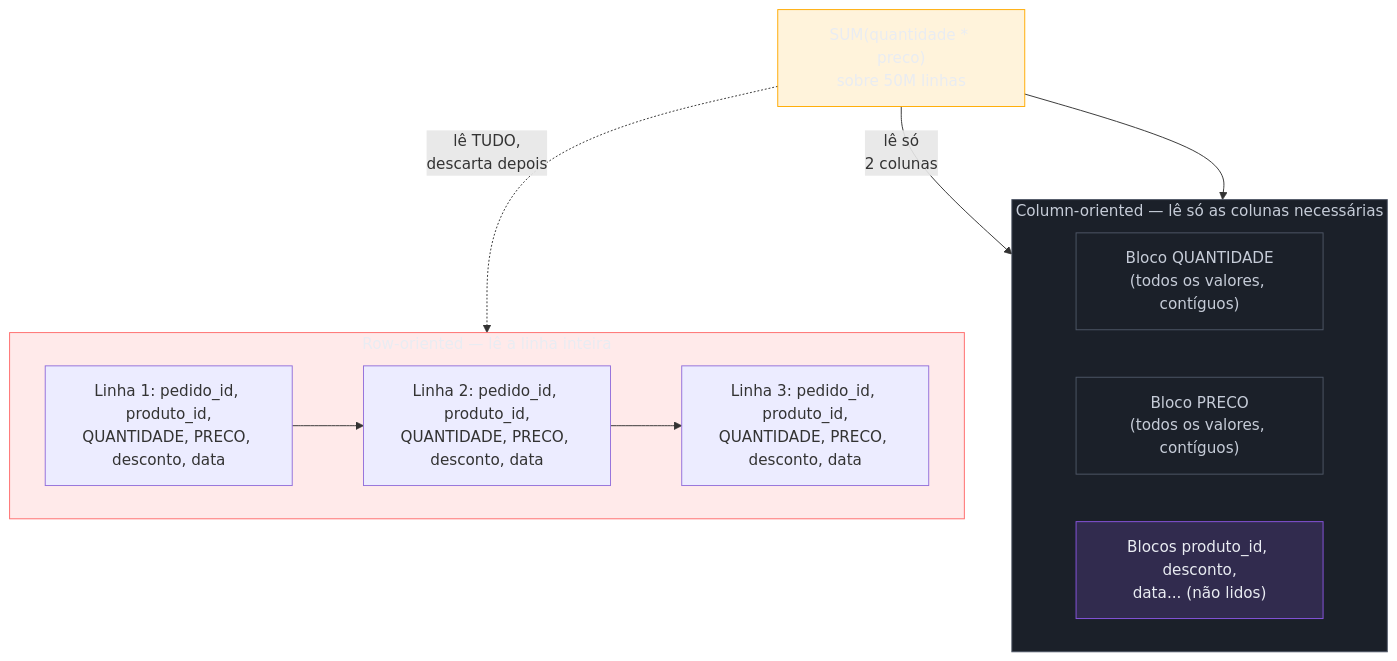
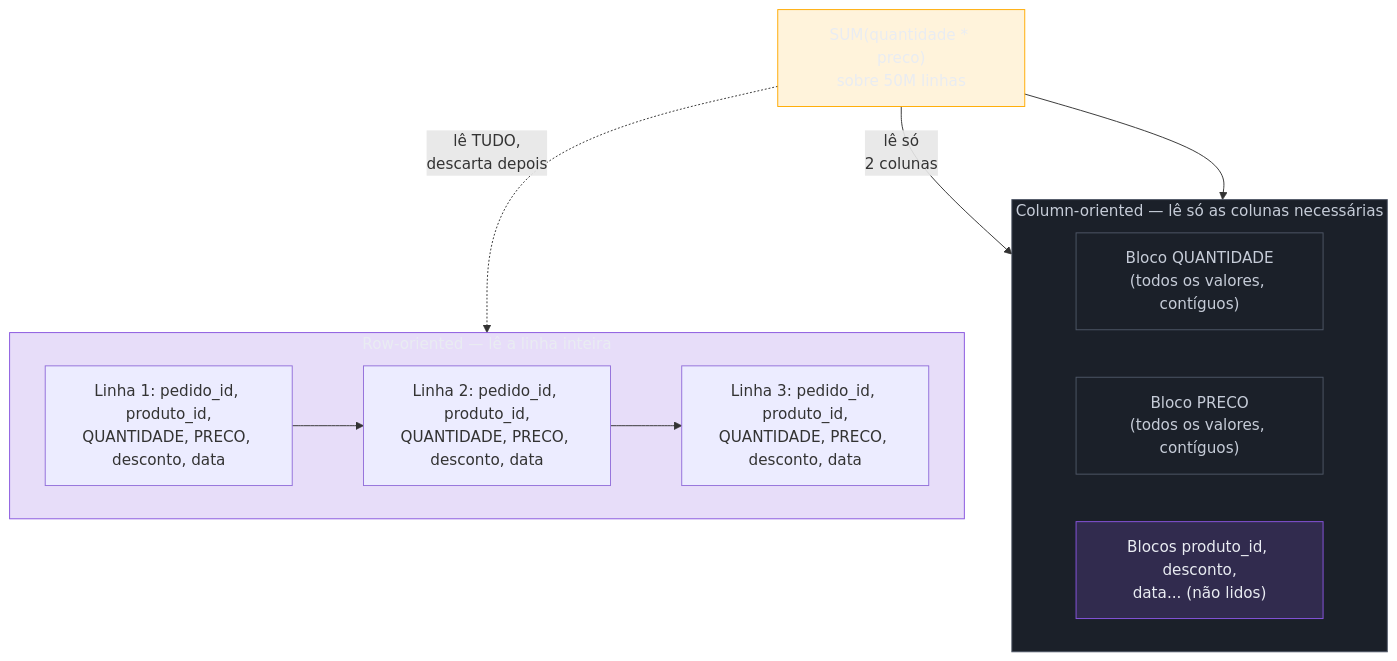
The first of 3 diagrams in 03-Dominios/Engenharia/Dados/1 - Fundamentos de engenharia de dados/04 - Armazenamento colunar e formatos.md (josenaldo/codex-technomanticus), drawn with Mermaid before and after one commit. The commit also changed 601 other files, not shown here.

````diff
--- a/03-Dominios/Engenharia/Dados/1 - Fundamentos de engenharia de dados/04 - Armazenamento colunar e formatos.md
+++ b/03-Dominios/Engenharia/Dados/1 - Fundamentos de engenharia de dados/04 - Armazenamento colunar e formatos.md
@@ -46,32 +46,31 @@
 ```mermaid
 graph TB
-    classDef falha fill:#FF6B6B24,stroke:#FF6B6B,color:#E9ECF2
     classDef neutro fill:#1B2029,stroke:#4E5666,color:#C6CCD8
     classDef marca fill:#8855DF33,stroke:#8855DF,color:#E9ECF2
     classDef destaque fill:#FFAA0024,stroke:#FFAA00,color:#E9ECF2
     subgraph ROW["Row-oriented — lê a linha inteira"]
         direction LR
         R1["Linha 1: pedido_id, produto_id,<br/>QUANTIDADE, PRECO, desconto, data"]
         R2["Linha 2: pedido_id, produto_id,<br/>QUANTIDADE, PRECO, desconto, data"]
         R3["Linha 3: pedido_id, produto_id,<br/>QUANTIDADE, PRECO, desconto, data"]
         R1 --> R2 --> R3
     end
 
     subgraph COL["Column-oriented — lê só as colunas necessárias"]
         direction LR
         CQ["Bloco QUANTIDADE<br/>(todos os valores, contíguos)"]
         CP["Bloco PRECO<br/>(todos os valores, contíguos)"]
         CX["Blocos produto_id, desconto,<br/>data... (não lidos)"]
     end
 
     Query["SUM(quantidade * preco)<br/>sobre 50M linhas"] -.->|"lê TUDO,<br/>descarta depois"| ROW
     Query -->|"lê só<br/>2 colunas"| CQ
     Query --> CP
 
-    class ROW falha
+    class ROW marca
     class COL neutro
     class CQ neutro
     class CP neutro
     class CX marca
     class Query destaque
 ```
````
